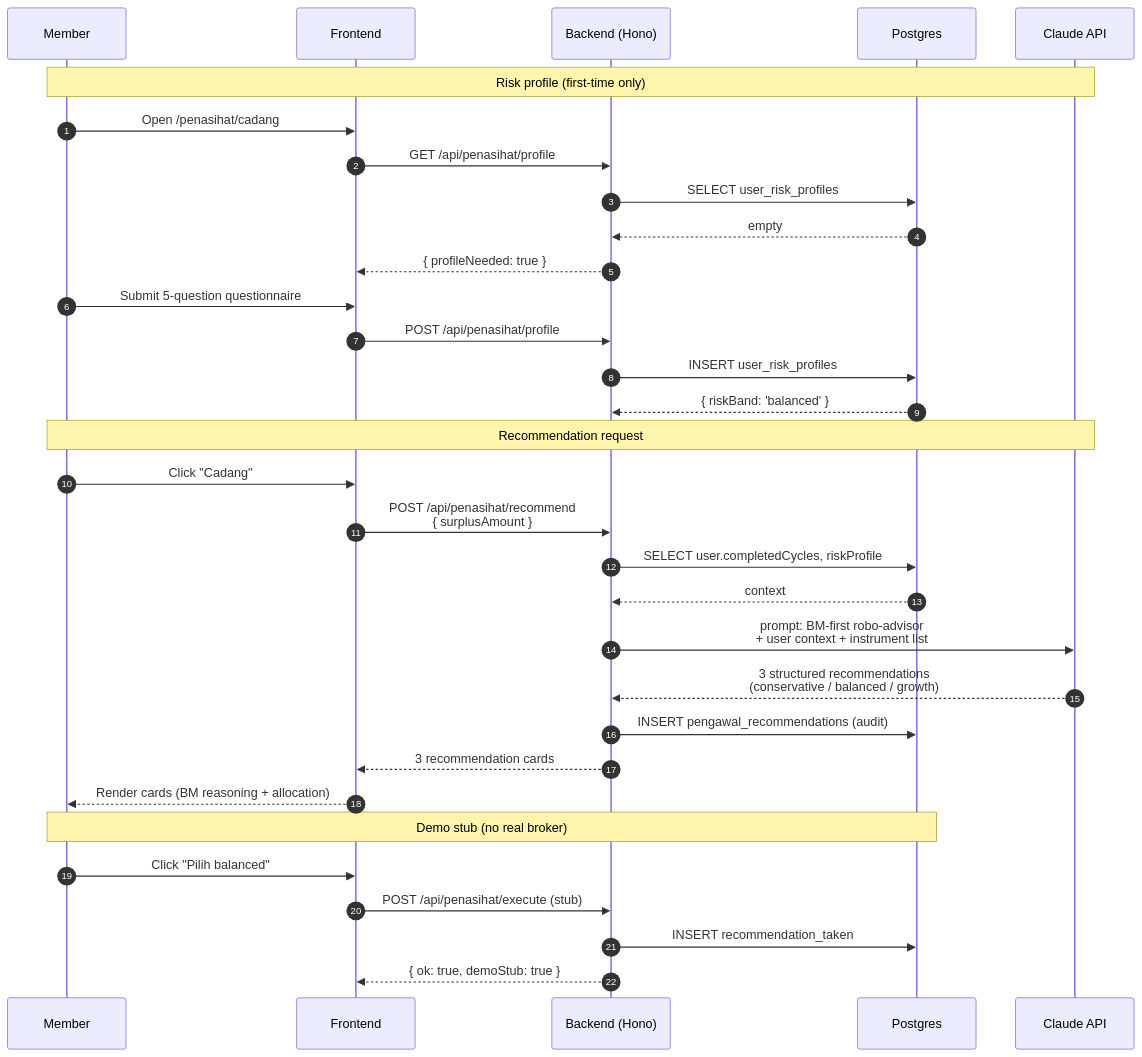
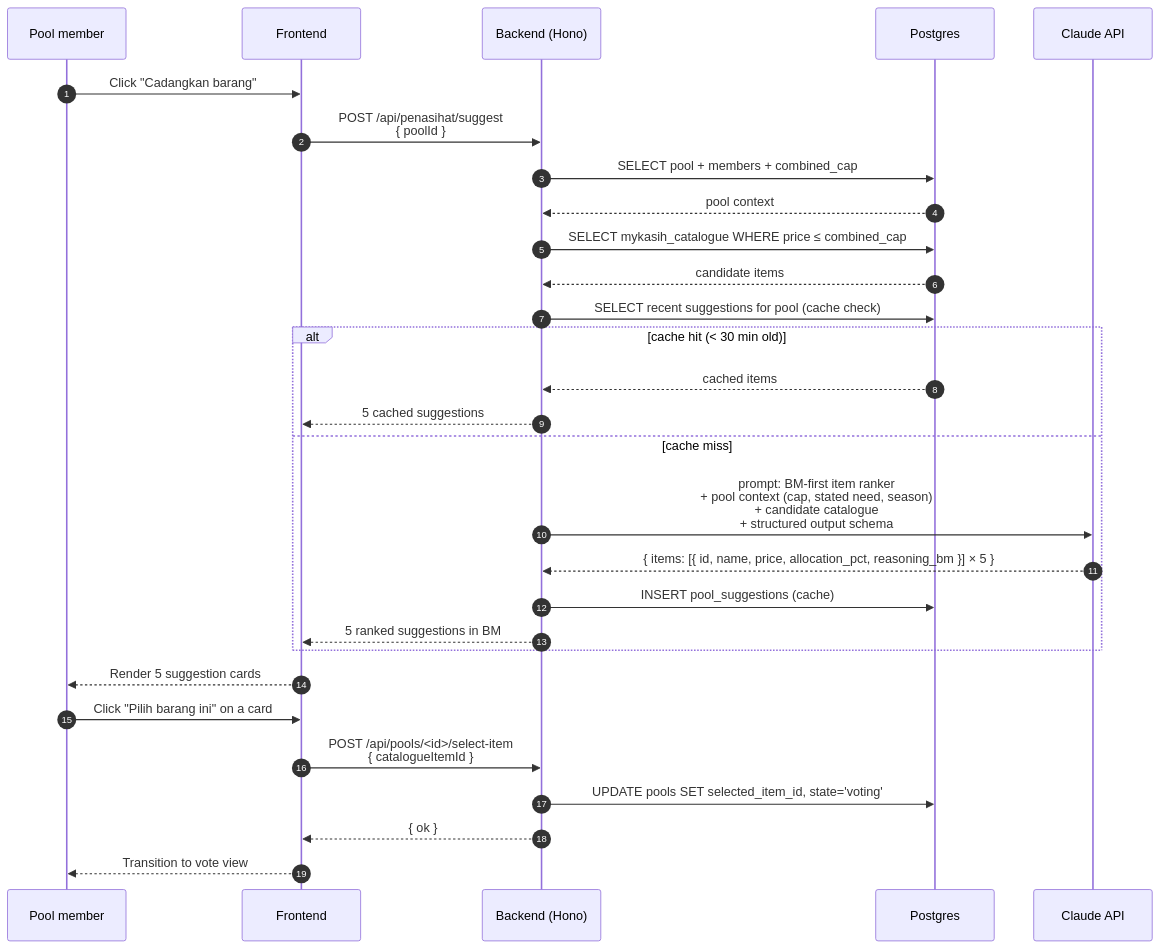
The third of 8 diagrams in ARCHITECTURE.md (Zen0space/R2-D2-Finhack), drawn with Mermaid before and after one commit. The commit also changed other lines of this file and 26 other files, not shown here.

````diff
--- a/ARCHITECTURE.md
+++ b/ARCHITECTURE.md
@@ -152,37 +90,34 @@
 ```mermaid
 sequenceDiagram
     autonumber
-    participant U as Member
+    participant U as Pool member
     participant F as Frontend
     participant A as Backend (Hono)
     participant P as Postgres
     participant C as Claude API
 
-    Note over U,C: Risk profile (first-time only)
-    U->>F: Open /penasihat/cadang
-    F->>A: GET /api/penasihat/profile
-    A->>P: SELECT user_risk_profiles
-    P-->>A: empty
-    A-->>F: { profileNeeded: true }
-    U->>F: Submit 5-question questionnaire
-    F->>A: POST /api/penasihat/profile
-    A->>P: INSERT user_risk_profiles
-    P-->>A: { riskBand: 'balanced' }
+    U->>F: Click "Cadangkan barang"
+    F->>A: POST /api/penasihat/suggest<br/>{ poolId }
 
-    Note over U,C: Recommendation request
-    U->>F: Click "Cadang"
-    F->>A: POST /api/penasihat/recommend<br/>{ surplusAmount }
-    A->>P: SELECT user.completedCycles, riskProfile
-    P-->>A: context
-    A->>C: prompt: BM-first robo-advisor<br/>+ user context + instrument list
-    C-->>A: 3 structured recommendations<br/>(conservative / balanced / growth)
-    A->>P: INSERT pengawal_recommendations (audit)
-    A-->>F: 3 recommendation cards
-    F-->>U: Render cards (BM reasoning + allocation)
+    A->>P: SELECT pool + members + combined_cap
+    P-->>A: pool context
+    A->>P: SELECT mykasih_catalogue WHERE price ≤ combined_cap
+    P-->>A: candidate items
+    A->>P: SELECT recent suggestions for pool (cache check)
+    alt cache hit (< 30 min old)
+        P-->>A: cached items
+        A-->>F: 5 cached suggestions
+    else cache miss
+        A->>C: prompt: BM-first item ranker<br/>+ pool context (cap, stated need, season)<br/>+ candidate catalogue<br/>+ structured output schema
+        C-->>A: { items: [{ id, name, price, allocation_pct, reasoning_bm }] × 5 }
+        A->>P: INSERT pool_suggestions (cache)
+        A-->>F: 5 ranked suggestions in BM
+    end
 
-    Note over U,P: Demo stub (no real broker)
-    U->>F: Click "Pilih balanced"
-    F->>A: POST /api/penasihat/execute (stub)
-    A->>P: INSERT recommendation_taken
-    A-->>F: { ok: true, demoStub: true }
+    F-->>U: Render 5 suggestion cards
+    U->>F: Click "Pilih barang ini" on a card
+    F->>A: POST /api/pools/<id>/select-item<br/>{ catalogueItemId }
+    A->>P: UPDATE pools SET selected_item_id, state='voting'
+    A-->>F: { ok }
+    F-->>U: Transition to vote view
 ```
````
